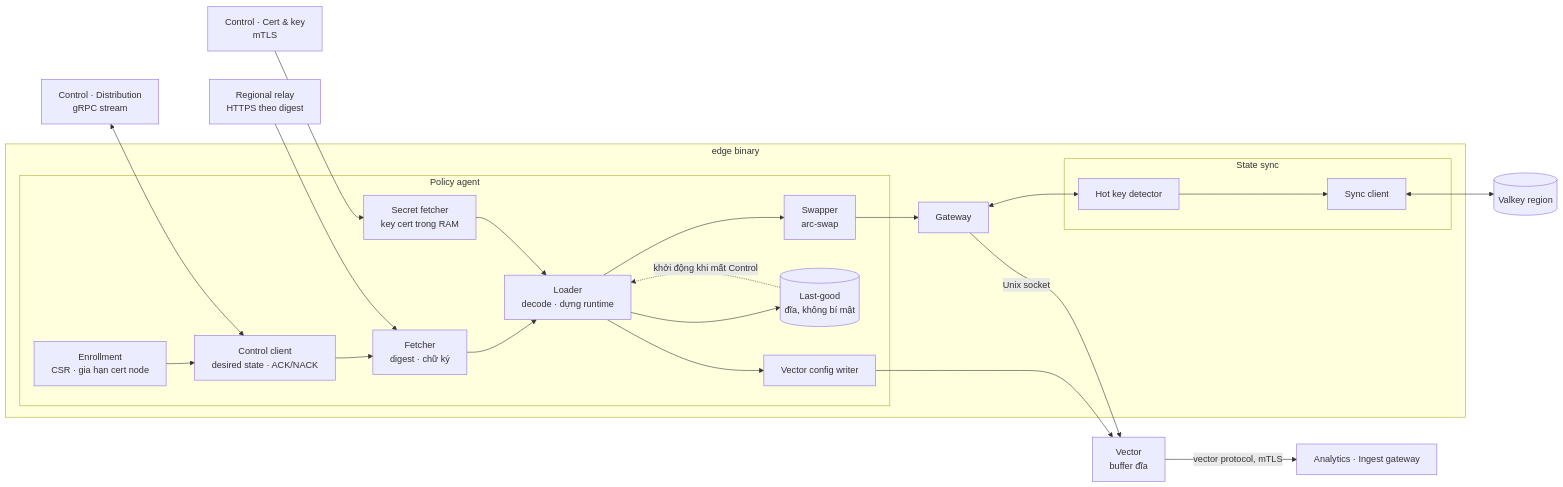
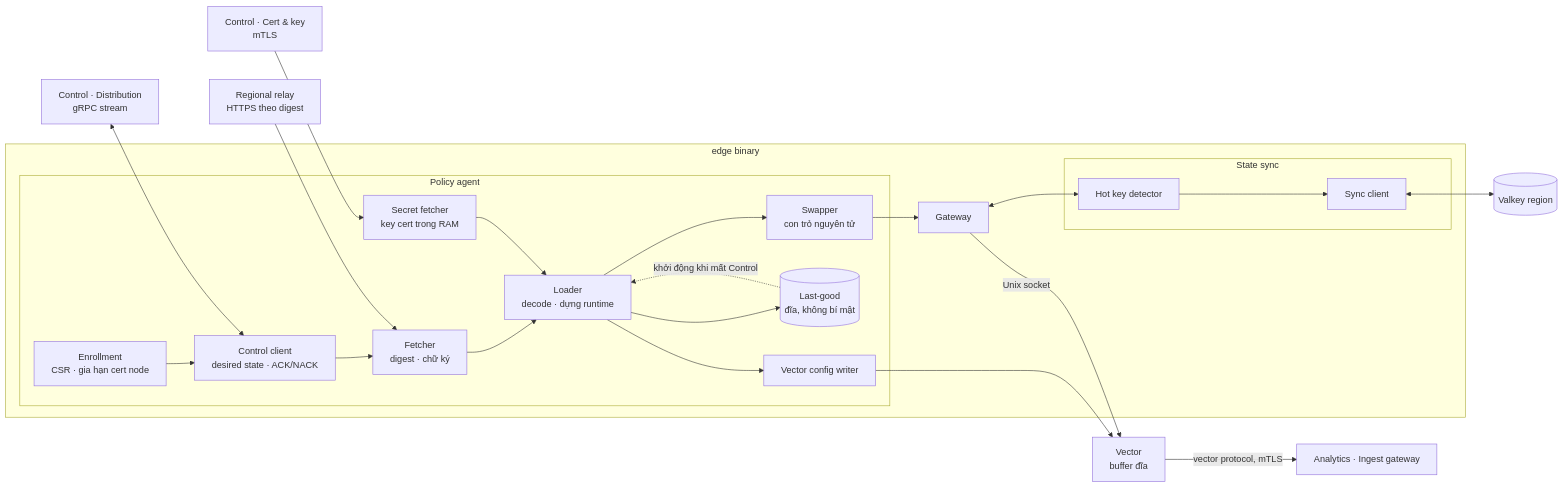
Before and after one commit to metap-org/metap-demo-waf: the first of 2 diagrams in docs/architecture/05-building-blocks/08-components/02-edge-agent-and-state.md, drawn with Mermaid. The commit also changed other lines of this file and 16 other files, not shown here.

````diff
--- a/docs/architecture/05-building-blocks/08-components/02-edge-agent-and-state.md
+++ b/docs/architecture/05-building-blocks/08-components/02-edge-agent-and-state.md
@@ -8,39 +8,39 @@
 ```mermaid
 flowchart LR
     dist["Control · Distribution<br/>gRPC stream"]
     relay["Regional relay<br/>HTTPS theo digest"]
     keys["Control · Cert & key<br/>mTLS"]
     vk[("Valkey region")]
     ig["Analytics · Ingest gateway"]
 
     subgraph BIN["edge binary"]
         subgraph AG["Policy agent"]
             enr["Enrollment<br/>CSR · gia hạn cert node"]
             cc["Control client<br/>desired state · ACK/NACK"]
             fet["Fetcher<br/>digest · chữ ký"]
             ld["Loader<br/>decode · dựng runtime"]
-            sw["Swapper<br/>arc-swap"]
+            sw["Swapper<br/>con trỏ nguyên tử"]
             lg[("Last-good<br/>đĩa, không bí mật")]
             sec["Secret fetcher<br/>key cert trong RAM"]
             vcfg["Vector config writer"]
         end
         subgraph ST["State sync"]
             hk["Hot key detector"]
             sc["Sync client"]
         end
         gw["Gateway"]
     end
     vec["Vector<br/>buffer đĩa"]
 
     enr --> cc
     dist <--> cc
     cc --> fet
     relay --> fet
     fet --> ld --> sw --> gw
     ld --> lg
     lg -.->|khởi động khi mất Control| ld
     keys --> sec --> ld
     ld --> vcfg --> vec
     gw <--> hk --> sc <--> vk
     gw -->|Unix socket| vec -->|vector protocol, mTLS| ig
 ```
````
